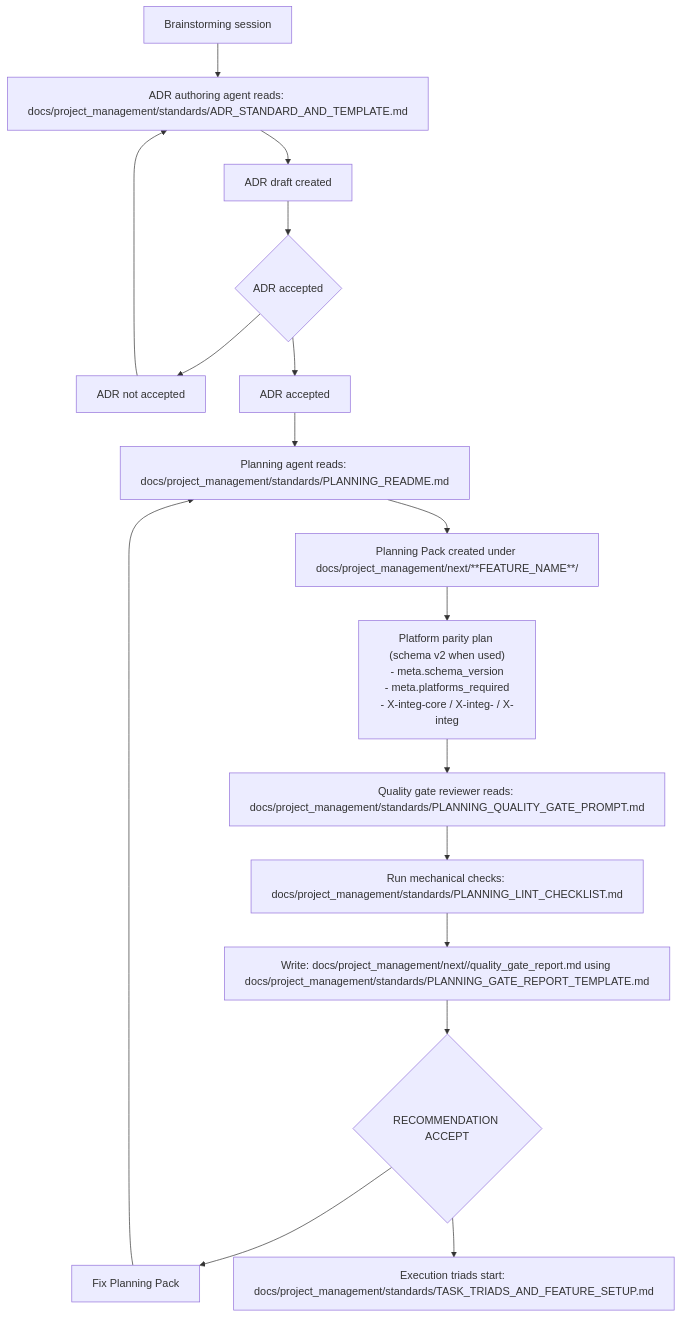
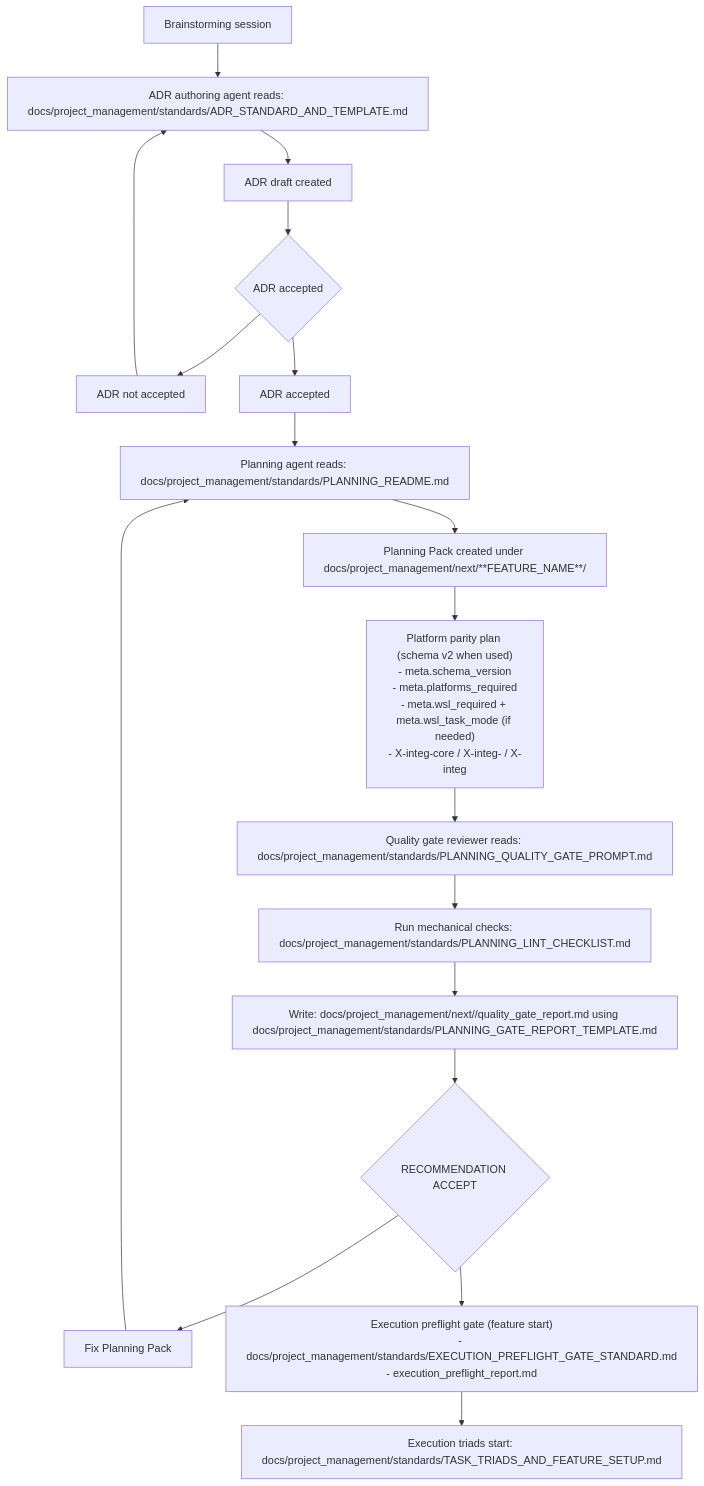
The diagram in docs/project_management/standards/PLANNING_WORKFLOW_OVERVIEW.md (atomize-hq/substrate), drawn with Mermaid before and after one commit. The commit also changed 21 other files, not shown here.

````diff
--- a/docs/project_management/standards/PLANNING_WORKFLOW_OVERVIEW.md
+++ b/docs/project_management/standards/PLANNING_WORKFLOW_OVERVIEW.md
@@ -12,38 +12,39 @@
 ```mermaid
 flowchart TD
   A[Brainstorming session]
   B["ADR authoring agent reads: docs/project_management/standards/ADR_STANDARD_AND_TEMPLATE.md"]
   C[ADR draft created]
   D{ADR accepted}
   D_NO[ADR not accepted]
   D_YES[ADR accepted]
 
   P["Planning agent reads: docs/project_management/standards/PLANNING_README.md"]
   PACK[Planning Pack created under docs/project_management/next/**FEATURE_NAME**/]
-  PP["Platform parity plan (schema v2 when used)\n- meta.schema_version\n- meta.platforms_required\n- X-integ-core / X-integ-<platform> / X-integ"]
+  PP["Platform parity plan (schema v2 when used)\n- meta.schema_version\n- meta.platforms_required\n- meta.wsl_required + meta.wsl_task_mode (if needed)\n- X-integ-core / X-integ-<platform> / X-integ"]
 
   Q["Quality gate reviewer reads: docs/project_management/standards/PLANNING_QUALITY_GATE_PROMPT.md"]
   LINT["Run mechanical checks: docs/project_management/standards/PLANNING_LINT_CHECKLIST.md"]
   REPORT["Write: docs/project_management/next/<feature>/quality_gate_report.md using docs/project_management/standards/PLANNING_GATE_REPORT_TEMPLATE.md"]
   GATE{RECOMMENDATION ACCEPT}
   GATE_NO[Fix Planning Pack]
+  PREFLIGHT["Execution preflight gate (feature start)\n- docs/project_management/standards/EXECUTION_PREFLIGHT_GATE_STANDARD.md\n- execution_preflight_report.md"]
   GATE_YES["Execution triads start: docs/project_management/standards/TASK_TRIADS_AND_FEATURE_SETUP.md"]
 
   A --> B
   B --> C
   C --> D
   D --> D_NO
   D --> D_YES
   D_NO --> B
 
   D_YES --> P
   P --> PACK
   PACK --> PP
   PP --> Q
   Q --> LINT
   LINT --> REPORT
   REPORT --> GATE
   GATE --> GATE_NO
-  GATE --> GATE_YES
+  GATE --> PREFLIGHT --> GATE_YES
   GATE_NO --> P
 ```
````
